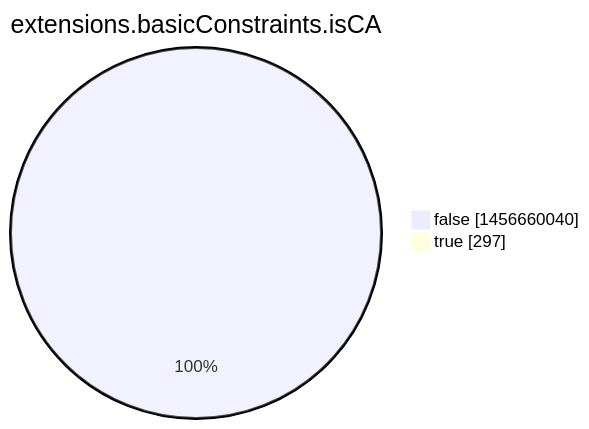
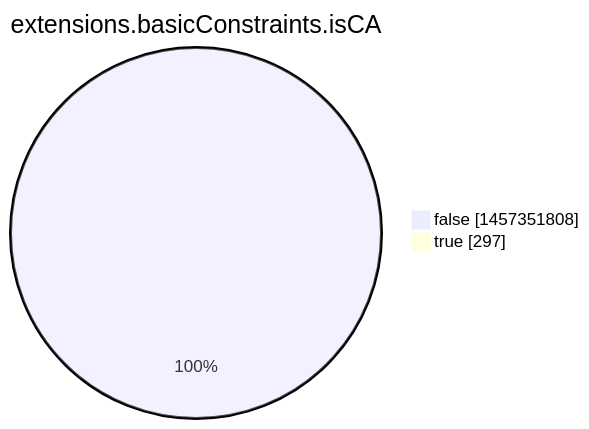
The eighth of 15 diagrams in argon2022/README.md (christiankrug/ctmonitor_visualization), drawn with Mermaid before and after one commit. The commit also changed other lines of this file, not shown here.

````diff
--- a/argon2022/README.md
+++ b/argon2022/README.md
@@ -2760,6 +2760,6 @@
 ```mermaid
 pie showData
 title extensions.basicConstraints.isCA
-"false" :1456660040
+"false" :1457351808
 "true" :297
 ```
````
